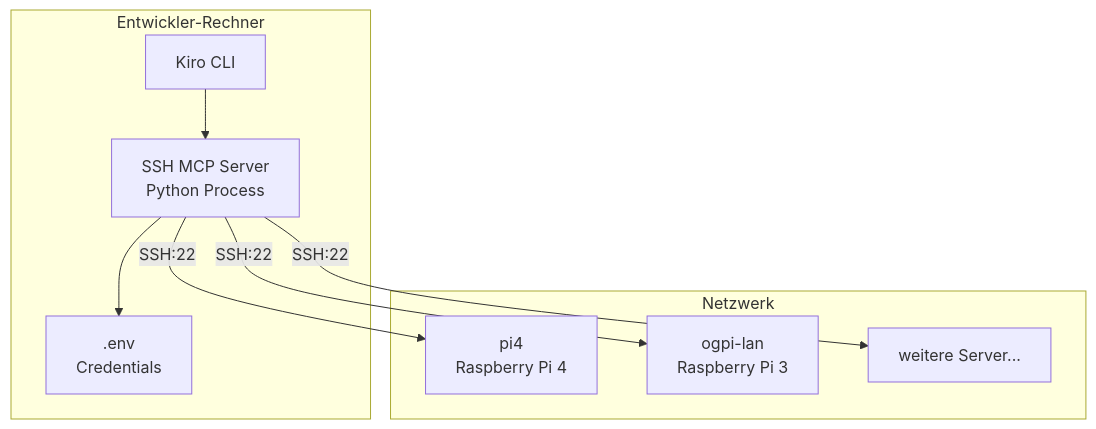
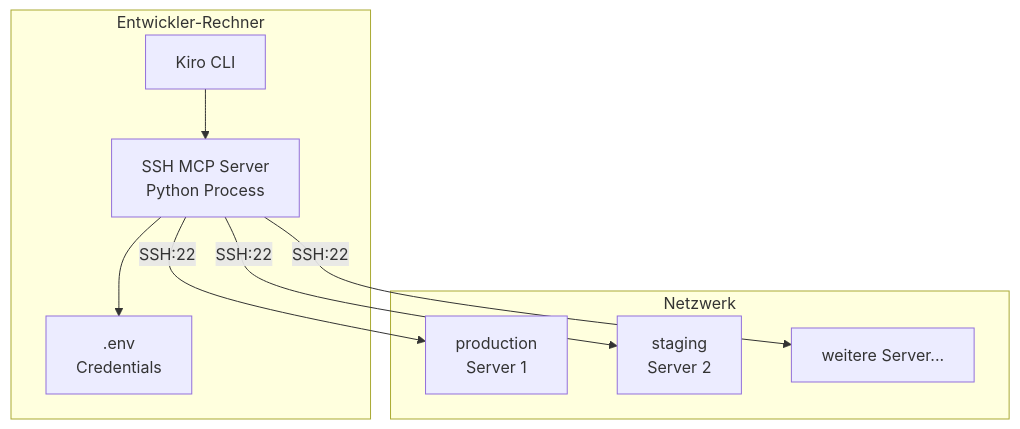
Before and after one commit to intershopper/remote-admin-mcp: the eighth of 9 diagrams in docs/architecture.md, drawn with Mermaid. The commit also changed other lines of this file and 15 other files, not shown here.

````diff
--- a/docs/architecture.md
+++ b/docs/architecture.md
@@ -224,13 +240,13 @@
 ```mermaid
 graph TB
     subgraph Entwickler-Rechner
         CLI[Kiro CLI] --> MCP[SSH MCP Server<br/>Python Process]
         MCP --> ENV[.env<br/>Credentials]
     end
 
     subgraph Netzwerk
-        MCP -->|SSH:22| PI4[pi4<br/>Raspberry Pi 4]
-        MCP -->|SSH:22| OGPI[ogpi-lan<br/>Raspberry Pi 3]
+        MCP -->|SSH:22| PI4[production<br/>Server 1]
+        MCP -->|SSH:22| OGPI[staging<br/>Server 2]
         MCP -->|SSH:22| SRV[weitere Server...]
     end
 ```
````
